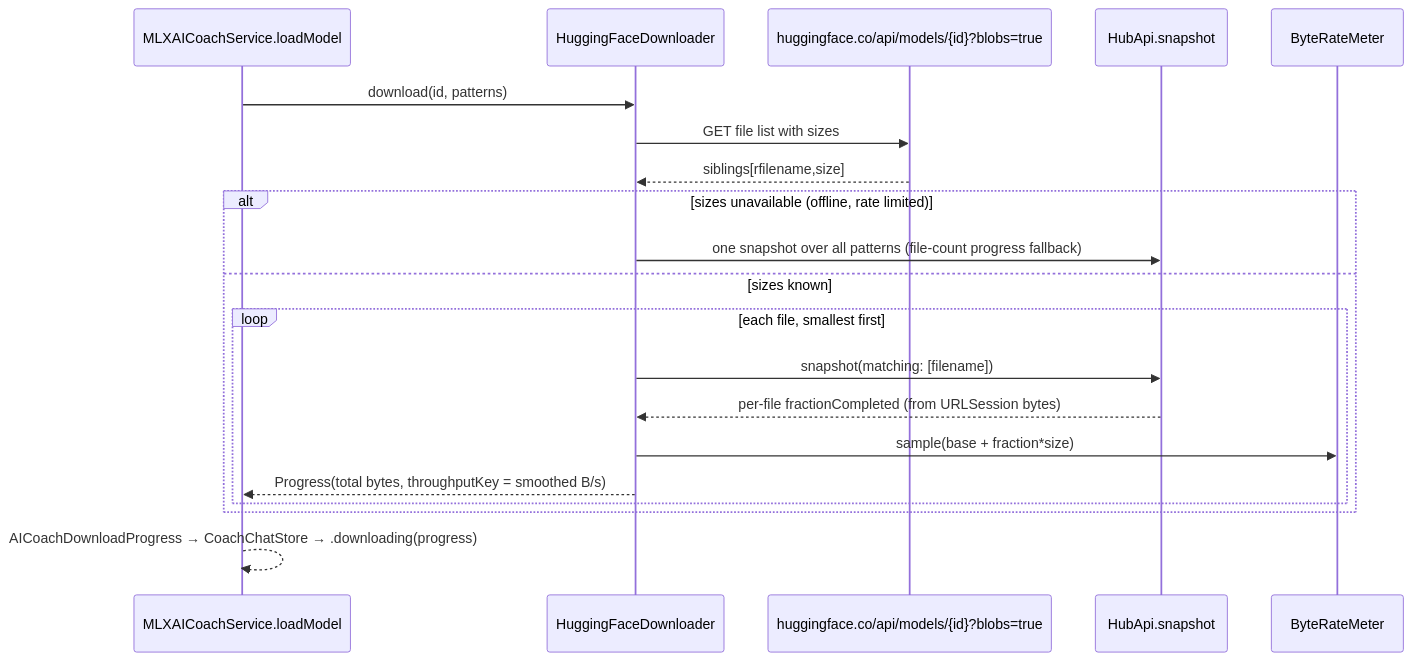
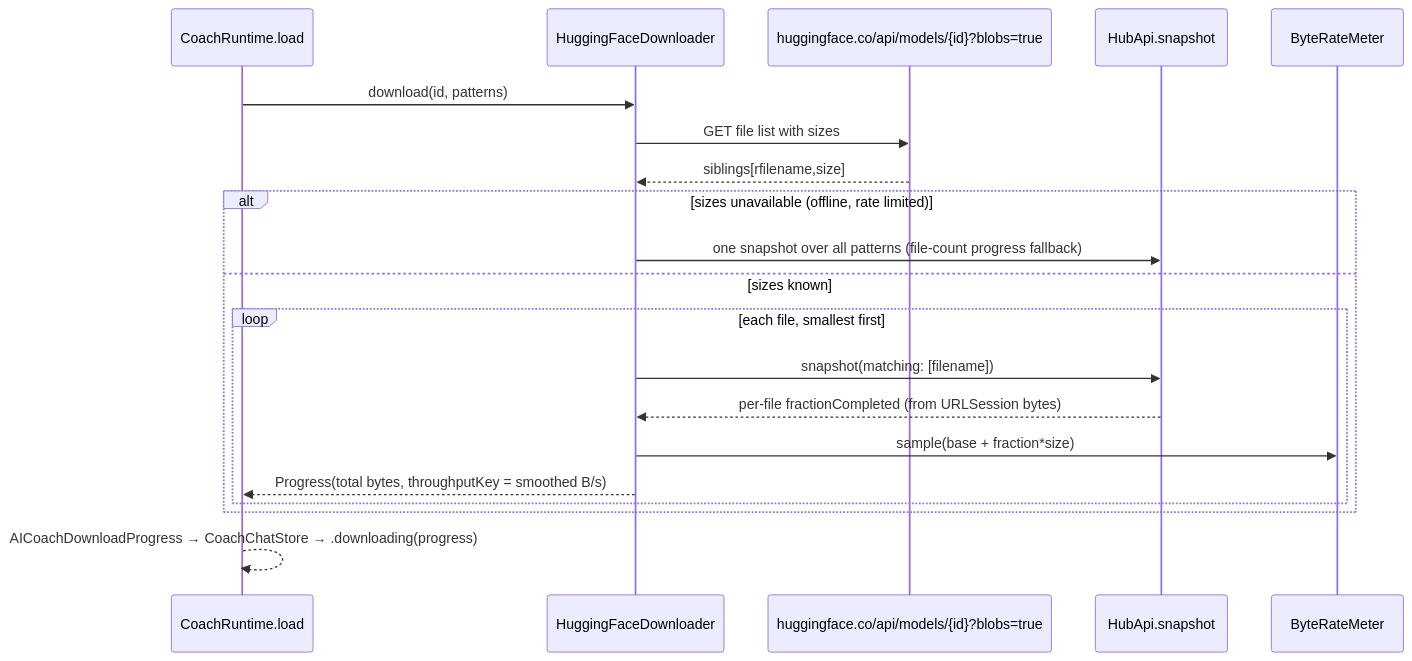
Before and after one commit to bradlet/hybrid-aithletics: the third of 7 diagrams in docs/AI_COACH.md, drawn with Mermaid. The commit also changed other lines of this file and 8 other files, not shown here.

````diff
--- a/docs/AI_COACH.md
+++ b/docs/AI_COACH.md
@@ -262,23 +276,23 @@
 ```mermaid
 sequenceDiagram
-    participant S as MLXAICoachService.loadModel
+    participant S as CoachRuntime.load
     participant D as HuggingFaceDownloader
     participant API as huggingface.co/api/models/{id}?blobs=true
     participant Hub as HubApi.snapshot
     participant M as ByteRateMeter
 
     S->>D: download(id, patterns)
     D->>API: GET file list with sizes
     API-->>D: siblings[rfilename,size]
     alt sizes unavailable (offline, rate limited)
         D->>Hub: one snapshot over all patterns (file-count progress fallback)
     else sizes known
         loop each file, smallest first
             D->>Hub: snapshot(matching: [filename])
             Hub-->>D: per-file fractionCompleted (from URLSession bytes)
             D->>M: sample(base + fraction*size)
             D-->>S: Progress(total bytes, throughputKey = smoothed B/s)
         end
     end
     S-->>S: AICoachDownloadProgress → CoachChatStore → .downloading(progress)
 ```
````
